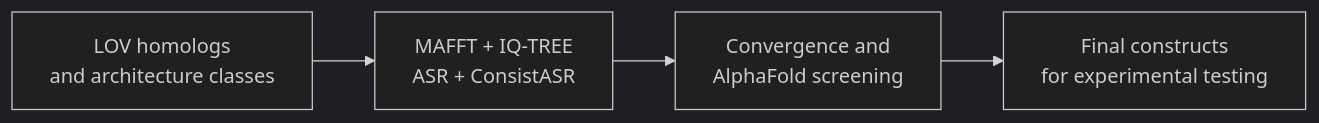
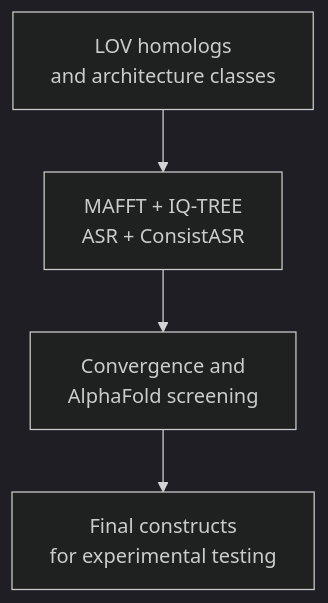
Before and after one commit to dol-git/LOV_ASR_project: the diagram in README.md, drawn with Mermaid (dark theme). The commit also changed other lines of this file and 22 other files, not shown here.

````diff
--- a/README.md
+++ b/README.md
@@ -195,9 +46,9 @@
 ```mermaid
-flowchart LR
+flowchart TD
     A[LOV homologs<br/>and architecture classes]
     B[MAFFT + IQ-TREE<br/>ASR + ConsistASR]
     C[Convergence and<br/>AlphaFold screening]
     D[Final constructs<br/>for experimental testing]
 
     A --> B --> C --> D
 ```
````
